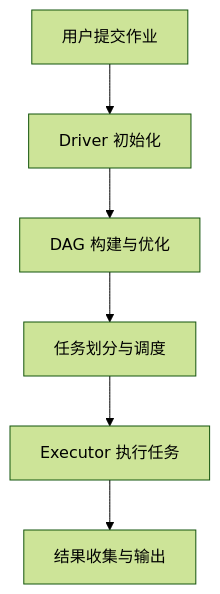
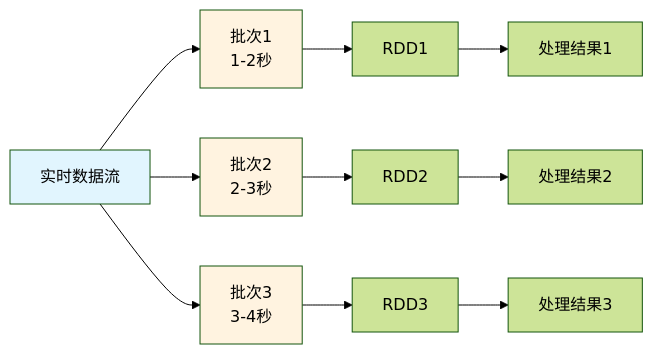
Before and after one commit to ralph-wren/TechStack-Handbook: diagram 20 of 24 in 12.spark.md, drawn with Mermaid (forest theme). The commit also changed other lines of this file and 1 other file, not shown here.

````diff
--- a/12.spark.md
+++ b/12.spark.md
@@ -2080,8 +3099,19 @@
 ```mermaid
-graph TD
-    A[用户提交作业] --> B[Driver 初始化]
-    B --> C[DAG 构建与优化]
-    C --> D[任务划分与调度]
-    D --> E[Executor 执行任务]
-    E --> F[结果收集与输出]
+graph LR
+    A[实时数据流] --> B[批次1<br/>1-2秒]
+    A --> C[批次2<br/>2-3秒]
+    A --> D[批次3<br/>3-4秒]
+    
+    B --> E[RDD1]
+    C --> F[RDD2]
+    D --> G[RDD3]
+    
+    E --> H[处理结果1]
+    F --> I[处理结果2]
+    G --> J[处理结果3]
+    
+    style A fill:#e1f5fe
+    style B fill:#fff3e0
+    style C fill:#fff3e0
+    style D fill:#fff3e0
 ```
````
